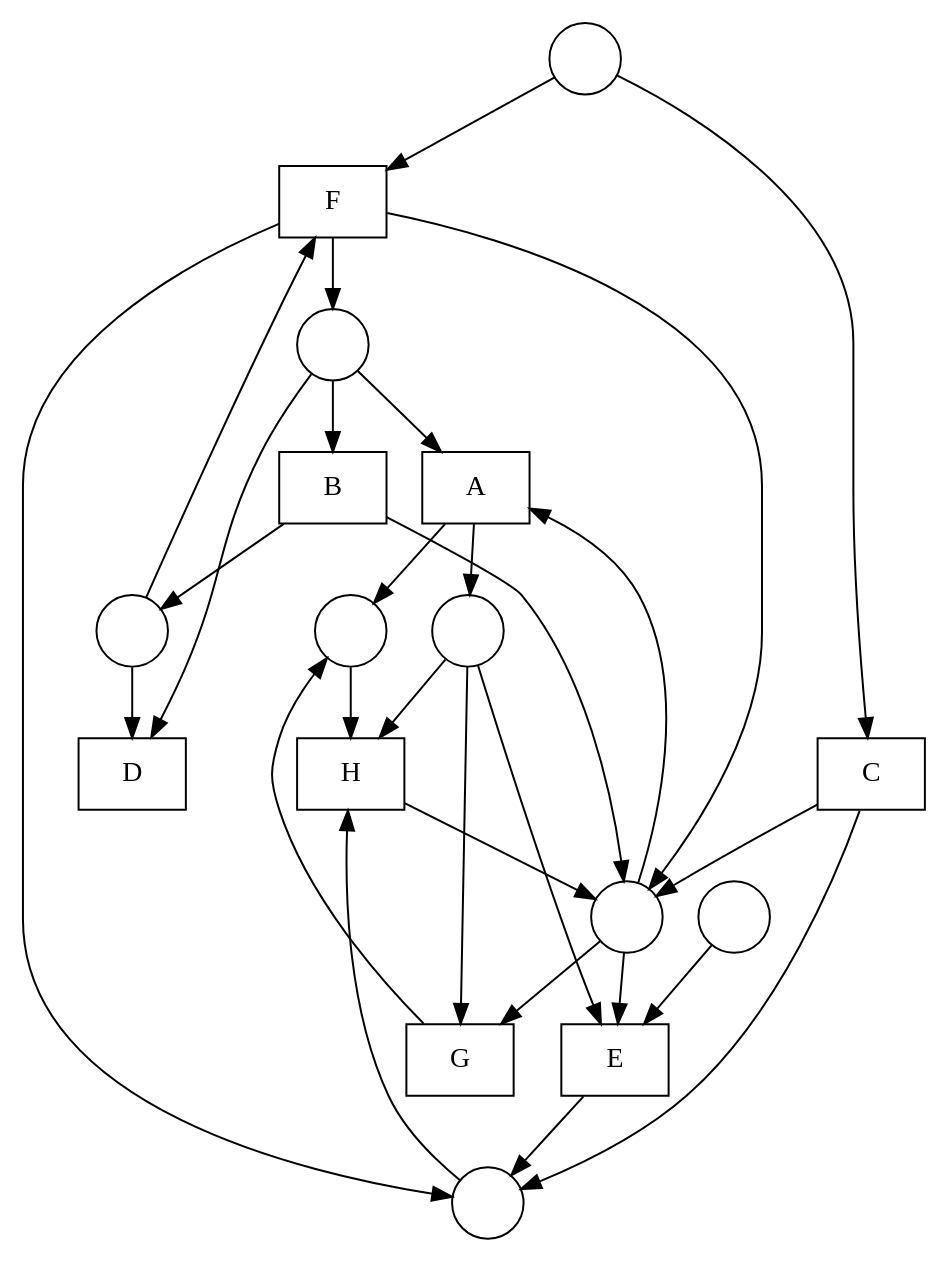
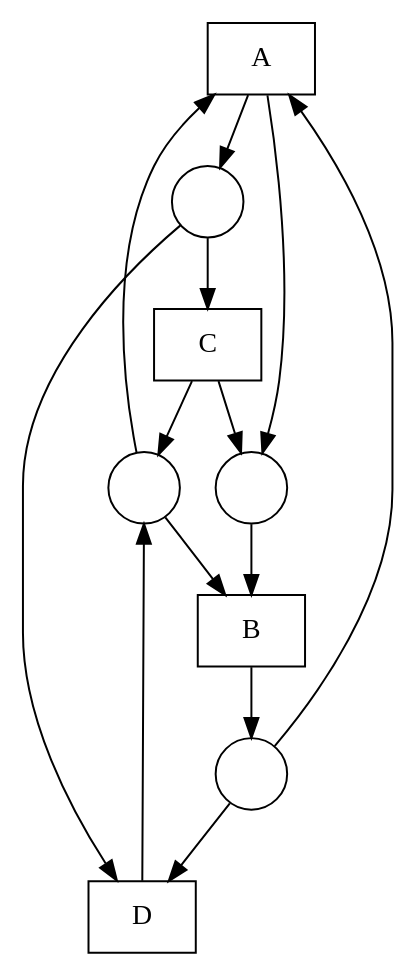
The diagram in nets/Fittest net.gv (DWitek97/GeneticMiner), drawn with Graphviz before and after one commit. The commit also changed 7 other files, not shown here.

```diff
--- a/nets/Fittest net.gv
+++ b/nets/Fittest net.gv
@@ -1,48 +1,25 @@
 digraph "Fittest net" {
 	node [shape=box]
 	A [label=A]
 	B [label=B]
-	H [label=H]
 	C [label=C]
 	D [label=D]
-	E [label=E]
-	F [label=F]
-	G [label=G]
 	node [shape=circle]
 	1 [label=" "]
 	2 [label=" "]
 	3 [label=" "]
 	4 [label=" "]
-	5 [label=" "]
-	6 [label=" "]
-	7 [label=" "]
-	8 [label=" "]
 	1 -> A
-	4 -> A
-	A -> 2
+	2 -> A
 	A -> 3
+	A -> 4
 	1 -> B
-	B -> 4
-	B -> 8
-	2 -> H
-	6 -> H
-	3 -> H
-	H -> 4
-	5 -> C
+	4 -> B
+	B -> 2
+	3 -> C
+	C -> 1
 	C -> 4
-	C -> 6
-	1 -> D
-	8 -> D
-	3 -> E
-	7 -> E
-	4 -> E
-	E -> 6
-	5 -> F
-	8 -> F
-	F -> 1
-	F -> 6
-	F -> 4
-	3 -> G
-	4 -> G
-	G -> 2
+	2 -> D
+	3 -> D
+	D -> 1
 }
```
